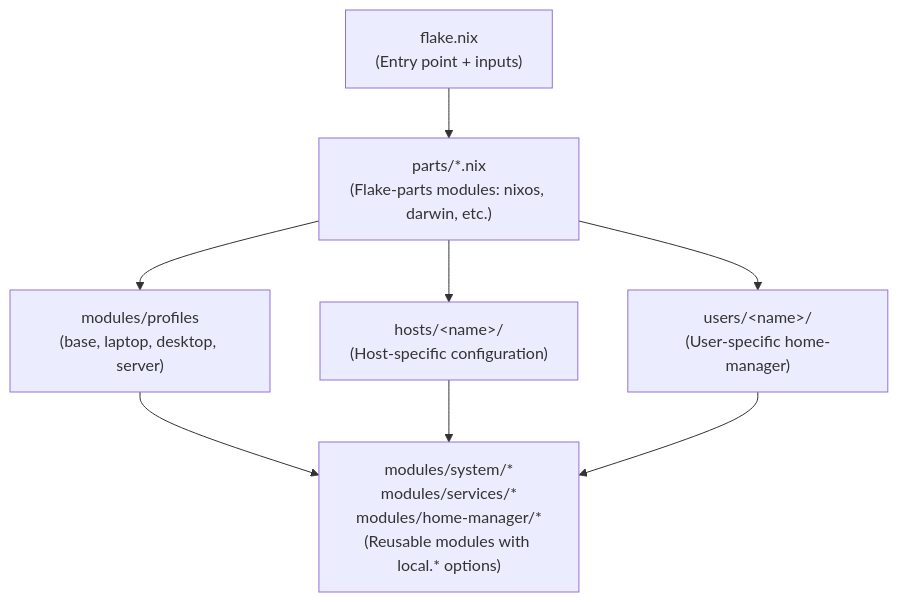
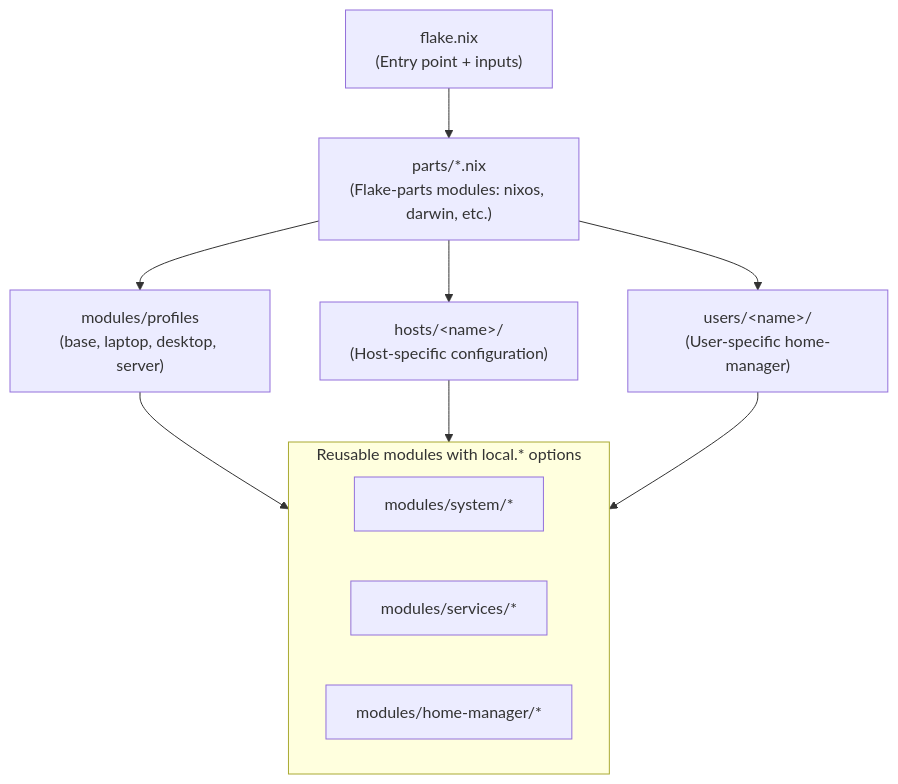
The first of 2 diagrams in README.md (AdrielVelazquez/nixos-config), drawn with Mermaid before and after one commit. The commit also changed other lines of this file, not shown here.

Commit message:
Updating the readme some more

````diff
--- a/README.md
+++ b/README.md
@@ -24,17 +24,22 @@
 ```mermaid
 flowchart TD
     A["flake.nix<br/>(Entry point + inputs)"]
     B["parts/*.nix<br/>(Flake-parts modules: nixos, darwin, etc.)"]
     C["modules/profiles<br/>(base, laptop, desktop, server)"]
     D["hosts/&lt;name&gt;/<br/>(Host-specific configuration)"]
     E["users/&lt;name&gt;/<br/>(User-specific home-manager)"]
-    F["modules/system/*<br/>modules/services/*<br/>modules/home-manager/*<br/>(Reusable modules with local.* options)"]
+
+    subgraph F ["Reusable modules with local.* options"]
+        F1["modules/system/*"]
+        F2["modules/services/*"]
+        F3["modules/home-manager/*"]
+    end
 
     A --> B
     B --> C
     B --> D
     B --> E
     C --> F
     D --> F
     E --> F
 ```
````
